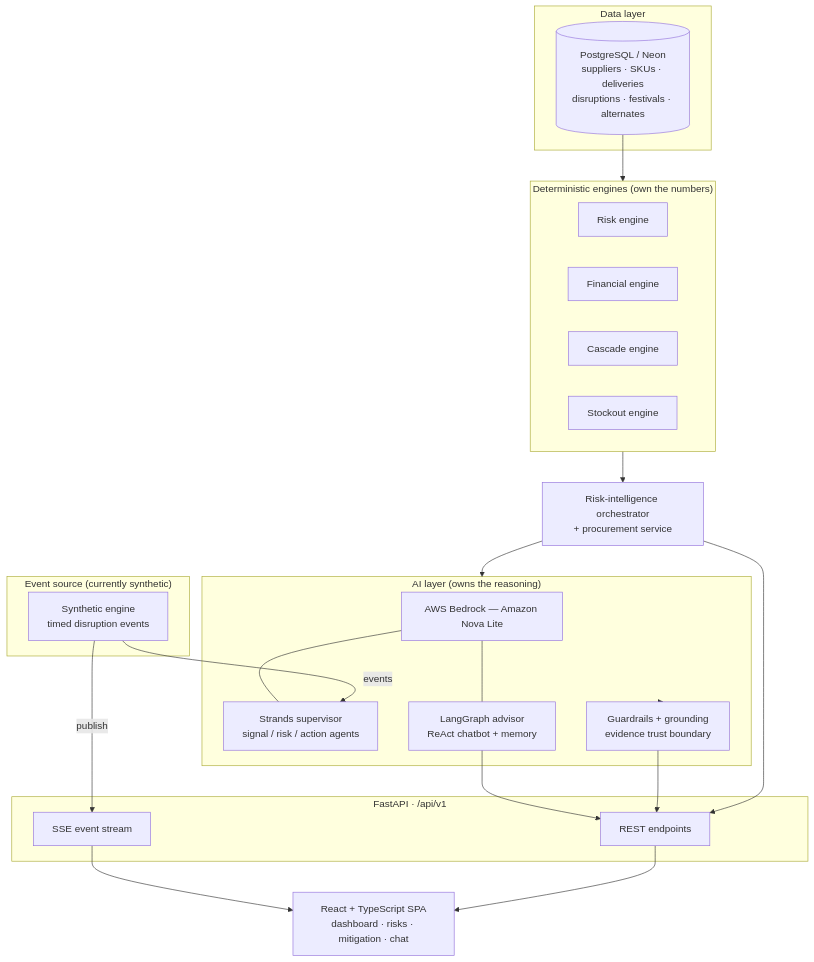
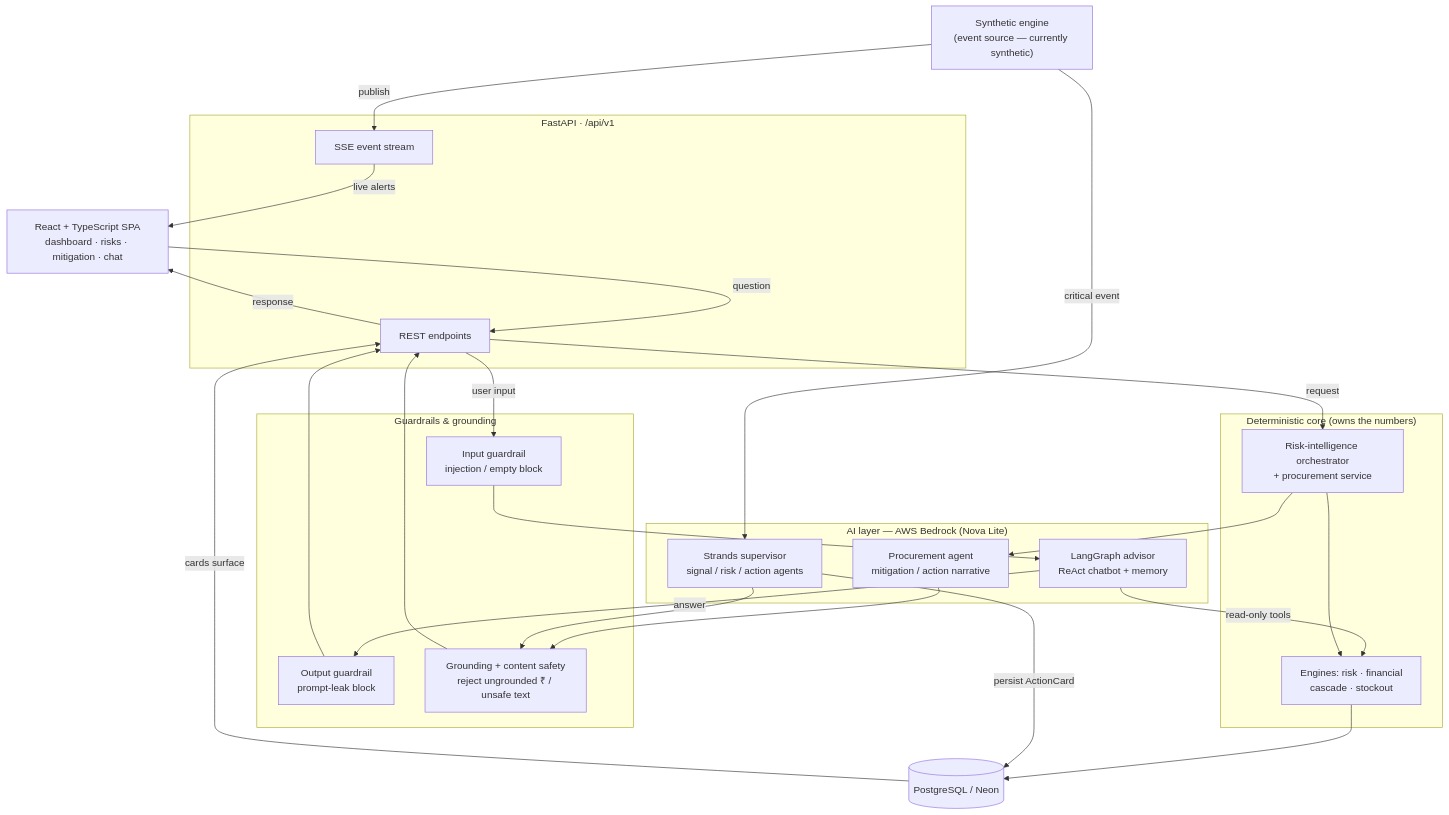
Before and after one commit to Aswin-Kumar7/Supply-Sense-Cognizant: the diagram in README.md, drawn with Mermaid. The commit also changed other lines of this file, not shown here.

Commit message:
update: README

````diff
--- a/README.md
+++ b/README.md
@@ -52,45 +51,54 @@
 ```mermaid
 flowchart TD
-    subgraph SRC["Event source (currently synthetic)"]
-      SE["Synthetic engine<br/>timed disruption events"]
-    end
-
-    subgraph DATA["Data layer"]
-      PG[("PostgreSQL / Neon<br/>suppliers · SKUs · deliveries<br/>disruptions · festivals · alternates")]
-    end
-
-    subgraph ENGINES["Deterministic engines (own the numbers)"]
-      RE["Risk engine"]
-      FE["Financial engine"]
-      CE["Cascade engine"]
-      STE["Stockout engine"]
-    end
-
-    subgraph AI["AI layer (owns the reasoning)"]
-      BR["AWS Bedrock — Amazon Nova Lite"]
-      SUP["Strands supervisor<br/>signal / risk / action agents"]
-      LG["LangGraph advisor<br/>ReAct chatbot + memory"]
-      GR["Guardrails + grounding<br/>evidence trust boundary"]
-    end
+    UI["React + TypeScript SPA<br/>dashboard · risks · mitigation · chat"]
 
     subgraph API["FastAPI · /api/v1"]
-      EP["REST endpoints"]
+      REST["REST endpoints"]
       SSE["SSE event stream"]
     end
 
-    UI["React + TypeScript SPA<br/>dashboard · risks · mitigation · chat"]
+    subgraph GUARD["Guardrails & grounding"]
+      GIN["Input guardrail<br/>injection / empty block"]
+      GOUT["Output guardrail<br/>prompt-leak block"]
+      GND["Grounding + content safety<br/>reject ungrounded ₹ / unsafe text"]
+    end
 
-    SE -->|events| SUP
+    subgraph AICORE["AI layer — AWS Bedrock (Nova Lite)"]
+      LG["LangGraph advisor<br/>ReAct chatbot + memory"]
+      PA["Procurement agent<br/>mitigation / action narrative"]
+      SUP["Strands supervisor<br/>signal / risk / action agents"]
+    end
+
+    subgraph DET["Deterministic core (owns the numbers)"]
+      ORCH["Risk-intelligence orchestrator<br/>+ procurement service"]
+      ENG["Engines: risk · financial<br/>cascade · stockout"]
+    end
+
+    PG[("PostgreSQL / Neon")]
+    SE["Synthetic engine<br/>(event source — currently synthetic)"]
+
+    %% Chat: input guardrail -> advisor -> output guardrail
+    UI -->|question| REST
+    REST -->|user input| GIN
+    GIN --> LG
+    LG -->|read-only tools| ENG
+    LG -->|answer| GOUT
+    GOUT --> REST
+
+    %% Risk / mitigation request
+    REST -->|request| ORCH
+    ORCH --> ENG
+    ENG --> PG
+    ORCH --> PA
+    PA --> GND
+    GND --> REST
+    REST -->|response| UI
+
+    %% Background event pipeline
     SE -->|publish| SSE
-    PG --> ENGINES
-    ENGINES --> RISKINT["Risk-intelligence orchestrator<br/>+ procurement service"]
-    RISKINT --> AI
-    BR --- SUP
-    BR --- LG
-    AI --> GR
-    RISKINT --> EP
-    GR --> EP
-    EP --> UI
-    SSE --> UI
-    LG --> EP
+    SSE -->|live alerts| UI
+    SE -->|critical event| SUP
+    SUP --> GND
+    SUP -->|persist ActionCard| PG
+    PG -->|cards surface| REST
 ```
````
